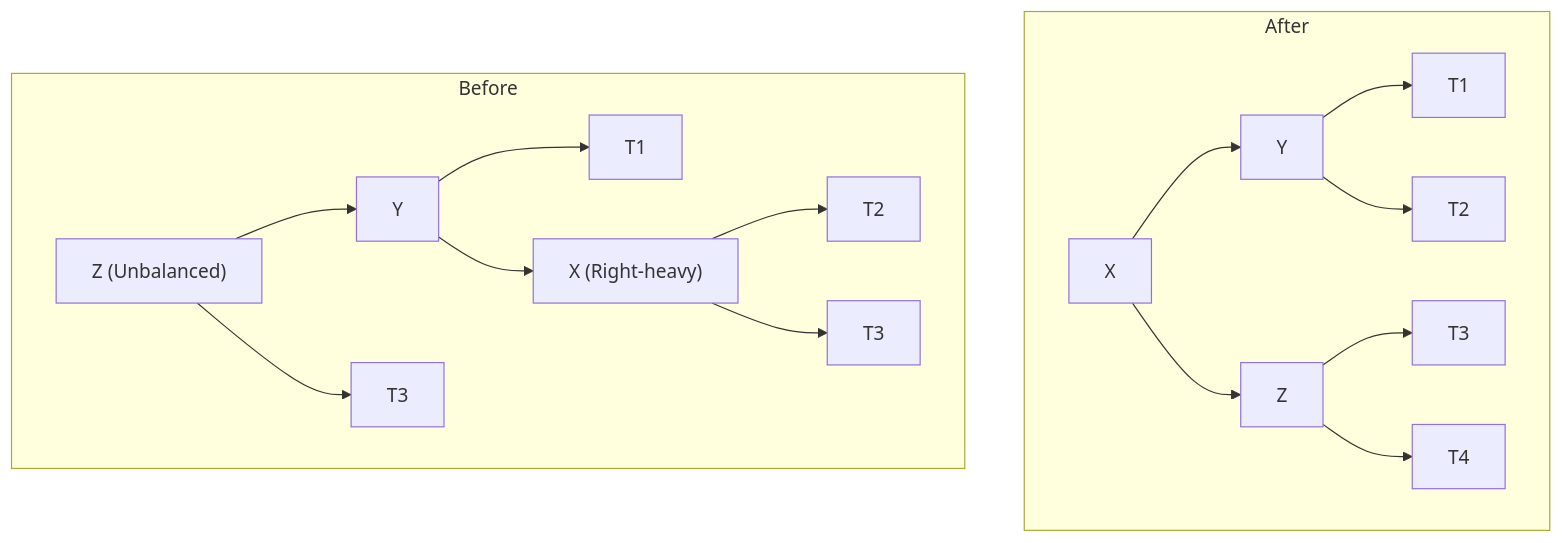
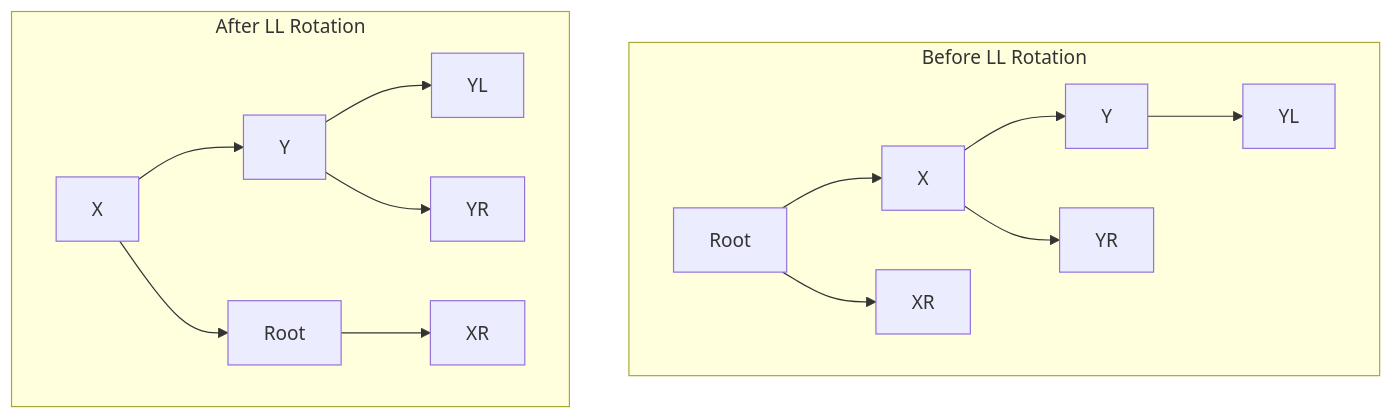
Before and after one commit to nitinkc/nitinkc.github.io: the diagram in _posts/Algo/trees/2025-01-20-avl-tree.md, drawn with Mermaid. The commit also changed other lines of this file, not shown here.

````diff
--- a/_posts/Algo/trees/2025-01-20-avl-tree.md
+++ b/_posts/Algo/trees/2025-01-20-avl-tree.md
@@ -53,22 +54,20 @@
 ```mermaid!
 graph TD
-    subgraph After
-        H["X"]
-        H --> I["Y"]
-        H --> J["Z"]
-        I --> K["T1"]
-        I --> L["T2"]
-        J --> M["T3"]
-        J --> N["T4"]
+    subgraph Before LL Rotation
+        A["Root"]
+        A --> B["X"]
+        A --> C["XR"]
+        B --> D["Y"]
+        B --> E["YR"]
+        D --> F["YL"]
     end
-    
-    subgraph Before
-        A["Z (Unbalanced)"]
-        A --> B["Y"]
-        A --> C["T3"]
-        B --> D["T1"]
-        B --> E["X (Right-heavy)"]
-        E --> F["T2"]
-        E --> G["T3"]
+
+    subgraph After LL Rotation
+        G["X"]
+        G --> H["Y"]
+        G --> I["Root"]
+        H --> J["YL"]
+        H --> K["YR"]
+        I --> L["XR"]
     end
 ```
````
